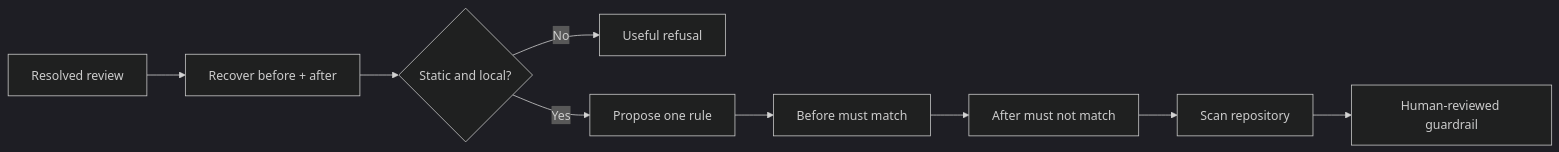
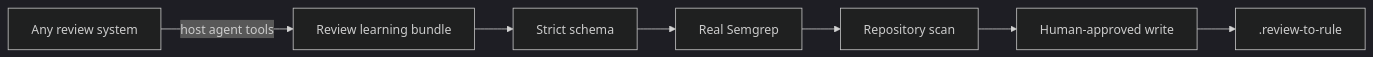
The diagram in README.md (vamgan/review-to-rule), drawn with Mermaid (dark theme) before and after one commit. The commit also changed other lines of this file and 45 other files, not shown here.

First line of the commit message:
feat: make review learning agent-first and provider-neutral (#9)

````diff
--- a/README.md
+++ b/README.md
@@ -157,11 +76,9 @@
 ```mermaid
 flowchart LR
-  A[Resolved review] --> B[Recover before + after]
-  B --> C{Static and local?}
-  C -->|No| D[Useful refusal]
-  C -->|Yes| E[Propose one rule]
-  E --> F[Before must match]
-  F --> G[After must not match]
-  G --> H[Scan repository]
-  H --> I[Human-reviewed guardrail]
+  A[Any review system] -->|host agent tools| B[Review learning bundle]
+  B --> C[Strict schema]
+  C --> D[Real Semgrep]
+  D --> E[Repository scan]
+  E --> F[Human-approved write]
+  F --> G[.review-to-rule]
 ```
````
